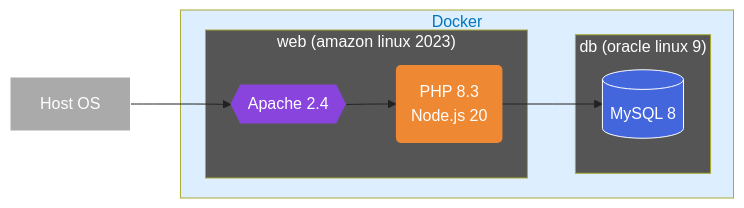
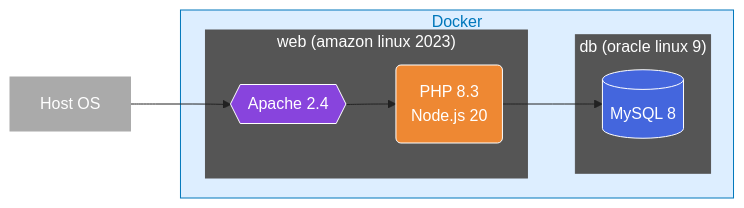
The diagram in README.md (gmdr1024/laravel-docker), drawn with Mermaid before and after one commit.

Commit message:
Update README.md
#9

````diff
--- a/README.md
+++ b/README.md
@@ -6,45 +6,45 @@
 ```mermaid
 flowchart LR
 
 %%外部要素
 OU1[Host OS]
 
 %%グループとサービス
 subgraph GS[Docker]
   subgraph GV["web (amazon linux 2023)"]
     NW1{{"Apache 2.4"}}
     CP1("PHP 8.3<br>Node.js 20")
   end
   subgraph GV2["db (oracle linux 9)"]
     DB1[("MySQL 8")]
   end
 end
 
 %%サービス同士の関係
 OU1 --> NW1
 NW1 --> CP1
 CP1 --> DB1
 
 linkStyle 0 stroke:#222
 linkStyle 1 stroke:#222
 linkStyle 2 stroke:#222
 
 %%グループのスタイル
-classDef SGS fill:#def,color:#07b,stroke:07b
-classDef SGV fill:#555,color:#fff,stroke:#none
+classDef SGS fill:#def,color:#07b,stroke:#07b
+classDef SGV fill:#555,color:#fff,stroke:#555
 
 class GS SGS
 class GV SGV
 class GV2 SGV
 
 %%サービスのスタイル
-classDef SOU fill:#aaa,color:#fff,stroke:#fff
-classDef SNW fill:#84d,color:#fff,stroke:none
-classDef SCP fill:#e83,color:#fff,stroke:none
+classDef SOU fill:#aaa,color:#fff,stroke:#aaa
+classDef SNW fill:#84d,color:#fff,stroke:#fff
+classDef SCP fill:#e83,color:#fff,stroke:#fff
 classDef SDB fill:#46d,color:#fff,stroke:#fff
 
 class OU1 SOU
 class NW1 SNW
 class CP1 SCP
 class DB1 SDB
 ```
````
